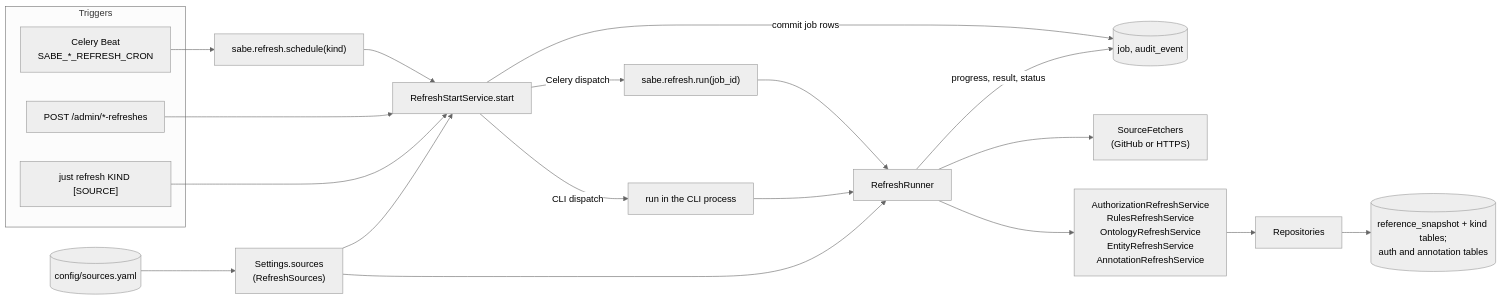
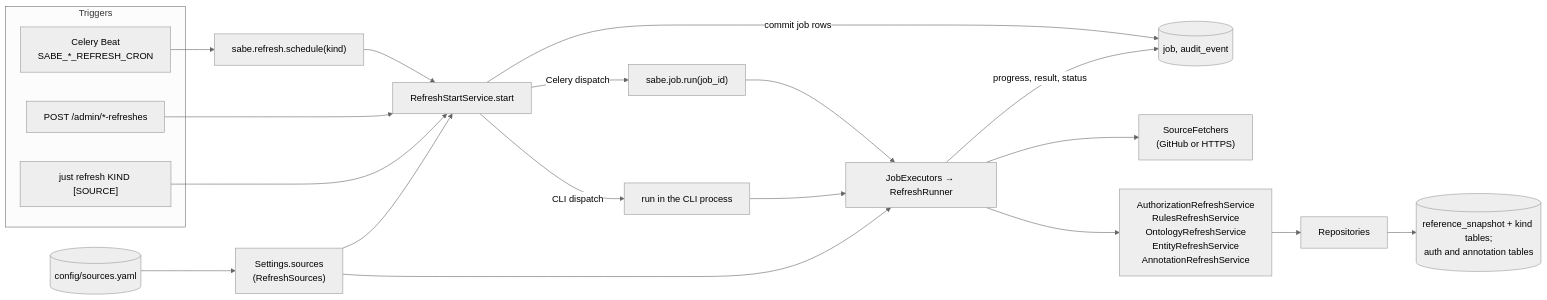
Before and after one commit to geneontology/standard-annotation-backend: the first of 4 diagrams in docs/refresh-infrastructure.md, drawn with Mermaid (neutral theme). The commit also changed other lines of this file and 59 other files, not shown here.

````diff
--- a/docs/refresh-infrastructure.md
+++ b/docs/refresh-infrastructure.md
@@ -31,29 +32,29 @@
 ```mermaid
 flowchart LR
     subgraph Triggers
         beat["Celery Beat<br/>SABE_*_REFRESH_CRON"]
         api["POST /admin/*-refreshes"]
         cli["just refresh KIND [SOURCE]"]
     end
 
     yaml[("config/sources.yaml")] --> settings["Settings.sources<br/>(RefreshSources)"]
 
     beat --> sched["sabe.refresh.schedule(kind)"]
     sched --> start["RefreshStartService.start"]
     api --> start
     cli --> start
     settings --> start
 
     start -->|"commit job rows"| jobs[("job, audit_event")]
-    start -->|"Celery dispatch"| run["sabe.refresh.run(job_id)"]
+    start -->|"Celery dispatch"| run["sabe.job.run(job_id)"]
     start -->|"CLI dispatch"| inproc["run in the CLI process"]
 
-    run --> runner["RefreshRunner"]
+    run --> runner["JobExecutors → RefreshRunner"]
     inproc --> runner
     settings --> runner
     runner --> fetch["SourceFetchers<br/>(GitHub or HTTPS)"]
     runner --> services["AuthorizationRefreshService<br/>RulesRefreshService<br/>OntologyRefreshService<br/>EntityRefreshService<br/>AnnotationRefreshService"]
     services --> repos["Repositories"]
     repos --> tables[("reference_snapshot + kind tables;<br/>auth and annotation tables")]
     runner -->|"progress, result, status"| jobs
 ```
````
